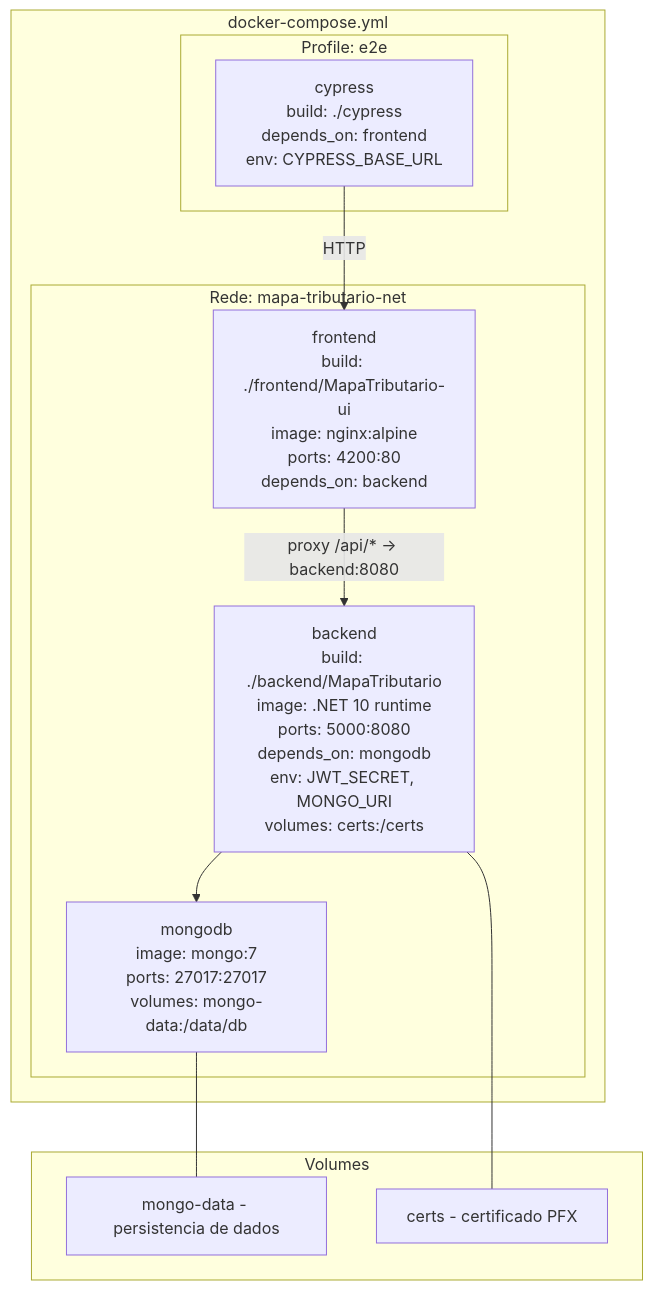
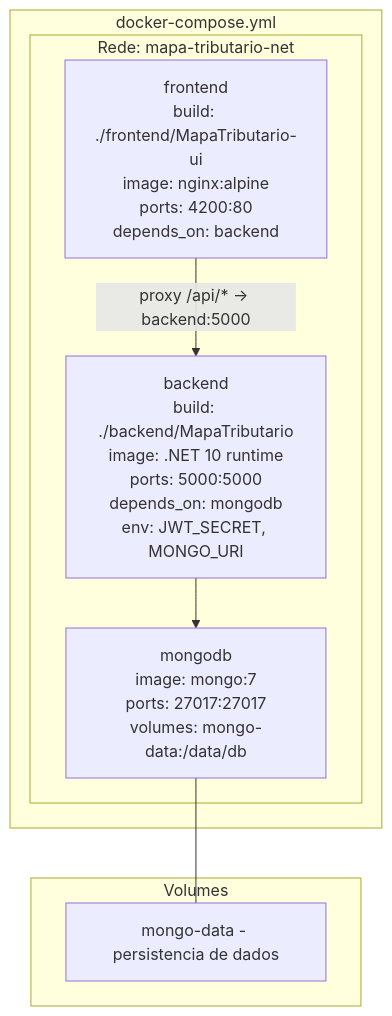
One commit to john182/poc-open-spec changed the eighth of 8 diagrams in docs/technical-doc.md. Above: the diagram before and after it, drawn with Mermaid. The commit also changed other lines of this file and 226 other files, not shown here.

````diff
--- a/docs/technical-doc.md
+++ b/docs/technical-doc.md
@@ -679,27 +678,20 @@
 ```mermaid
 graph TB
     subgraph "docker-compose.yml"
         subgraph "Rede: mapa-tributario-net"
             FE["frontend<br/>build: ./frontend/MapaTributario-ui<br/>image: nginx:alpine<br/>ports: 4200:80<br/>depends_on: backend"]
 
-            BE["backend<br/>build: ./backend/MapaTributario<br/>image: .NET 10 runtime<br/>ports: 5000:8080<br/>depends_on: mongodb<br/>env: JWT_SECRET, MONGO_URI<br/>volumes: certs:/certs"]
+            BE["backend<br/>build: ./backend/MapaTributario<br/>image: .NET 10 runtime<br/>ports: 5000:5000<br/>depends_on: mongodb<br/>env: JWT_SECRET, MONGO_URI"]
 
             MG["mongodb<br/>image: mongo:7<br/>ports: 27017:27017<br/>volumes: mongo-data:/data/db"]
-        end
-
-        subgraph "Profile: e2e"
-            CY["cypress<br/>build: ./cypress<br/>depends_on: frontend<br/>env: CYPRESS_BASE_URL"]
         end
     end
 
     subgraph "Volumes"
         V1["mongo-data - persistencia de dados"]
-        V2["certs - certificado PFX"]
     end
 
-    FE -->|"proxy /api/* -> backend:8080"| BE
+    FE -->|"proxy /api/* -> backend:5000"| BE
     BE --> MG
     MG --- V1
-    BE --- V2
-    CY -->|HTTP| FE
 ```
````
